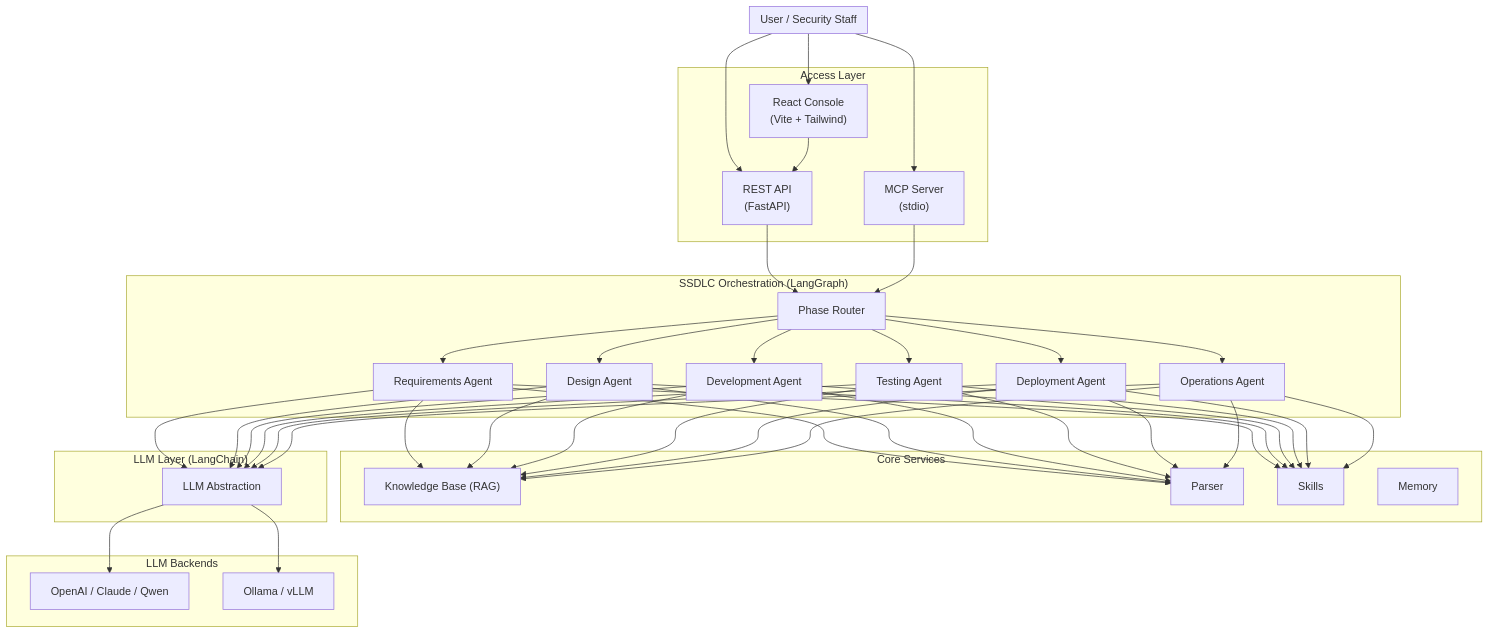
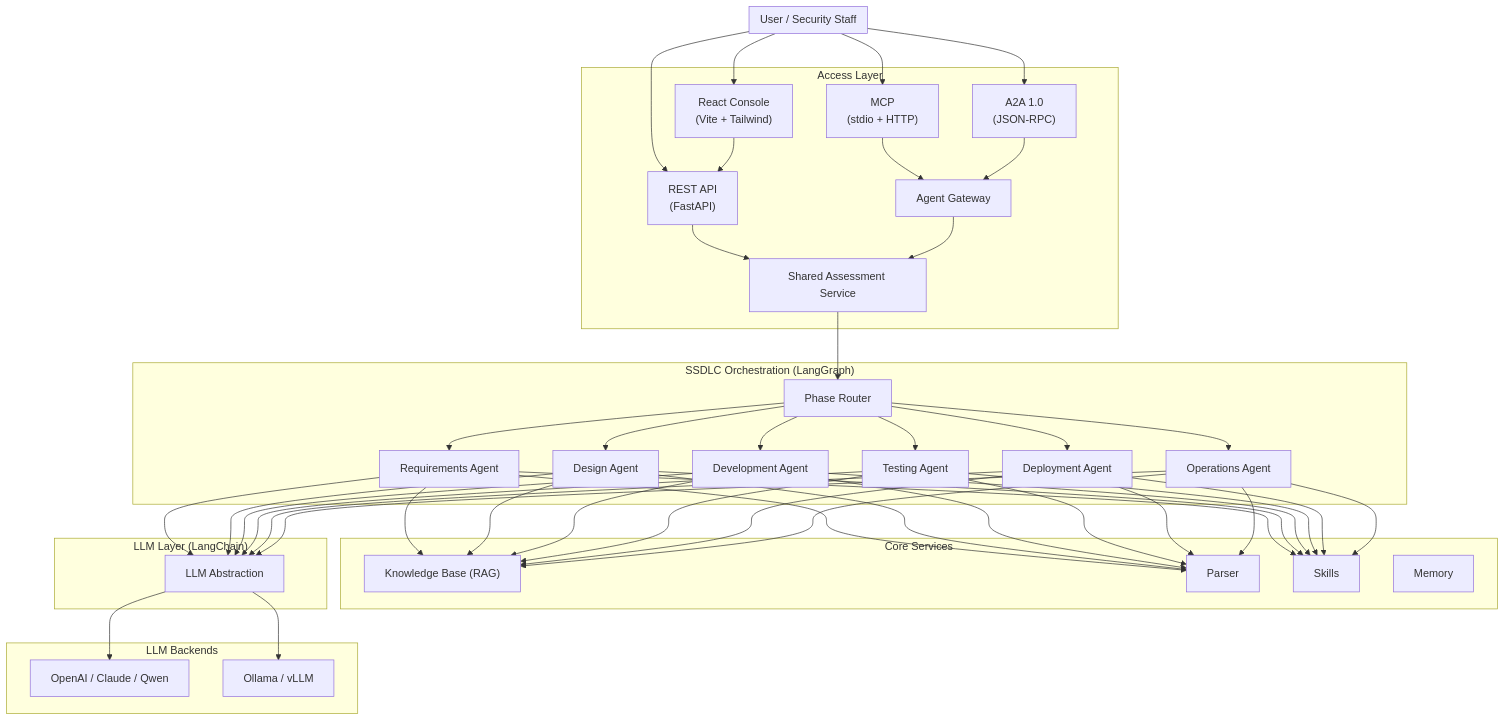
The diagram in README.md (arthurpanhku/DocSentinel), drawn with Mermaid before and after one commit. The commit also changed other lines of this file and 36 other files, not shown here.

Commit message:
feat: add MCP and A2A agent gateway

````diff
--- a/README.md
+++ b/README.md
@@ -85,43 +88,47 @@
 ```mermaid
 flowchart TB
     subgraph User["User / Security Staff"]
     end
     subgraph Access["Access Layer"]
         Console["React Console<br/>(Vite + Tailwind)"]
         API["REST API<br/>(FastAPI)"]
-        MCP["MCP Server<br/>(stdio)"]
+        Gateway["Agent Gateway"]
+        MCP["MCP<br/>(stdio + HTTP)"]
+        A2A["A2A 1.0<br/>(JSON-RPC)"]
+        Tasks["Shared Assessment Service"]
     end
     subgraph Orchestration["SSDLC Orchestration (LangGraph)"]
         Router["Phase Router"]
         A1["Requirements Agent"]
         A2["Design Agent"]
         A3["Development Agent"]
         A4["Testing Agent"]
         A5["Deployment Agent"]
         A6["Operations Agent"]
     end
     subgraph Core["Core Services"]
         KB["Knowledge Base (RAG)"]
         Parser["Parser"]
         Skill["Skills"]
         Mem["Memory"]
     end
     subgraph LLM["LLM Layer (LangChain)"]
         Abst["LLM Abstraction"]
     end
     subgraph Backends["LLM Backends"]
         Cloud["OpenAI / Claude / Qwen"]
         Local["Ollama / vLLM"]
     end
 
     User --> Console
     User --> API
     Console --> API
-    User --> MCP
-    API --> Router
-    MCP --> Router
+    User --> MCP & A2A
+    MCP & A2A --> Gateway
+    API & Gateway --> Tasks
+    Tasks --> Router
     Router --> A1 & A2 & A3 & A4 & A5 & A6
     A1 & A2 & A3 & A4 & A5 & A6 --> KB & Parser & Skill
     A1 & A2 & A3 & A4 & A5 & A6 --> Abst
     Abst --> Cloud & Local
 ```
````
